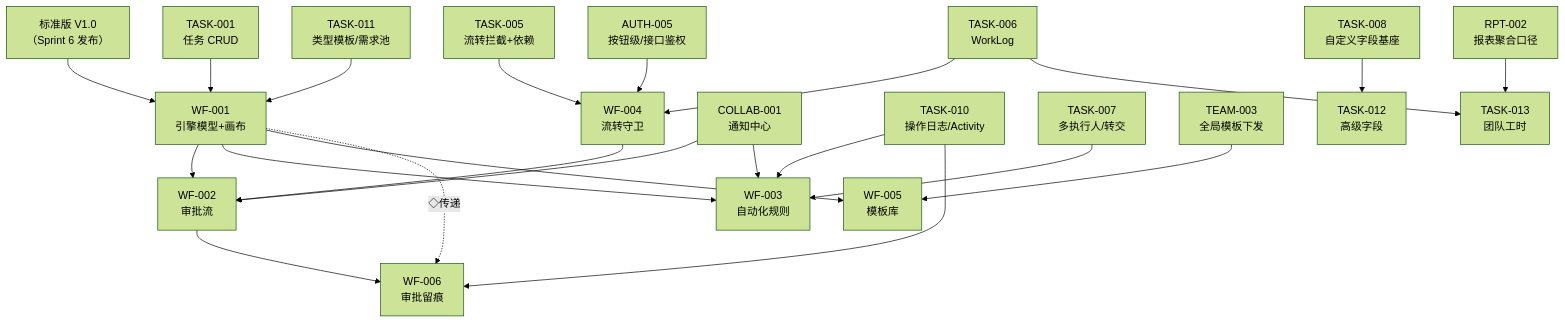
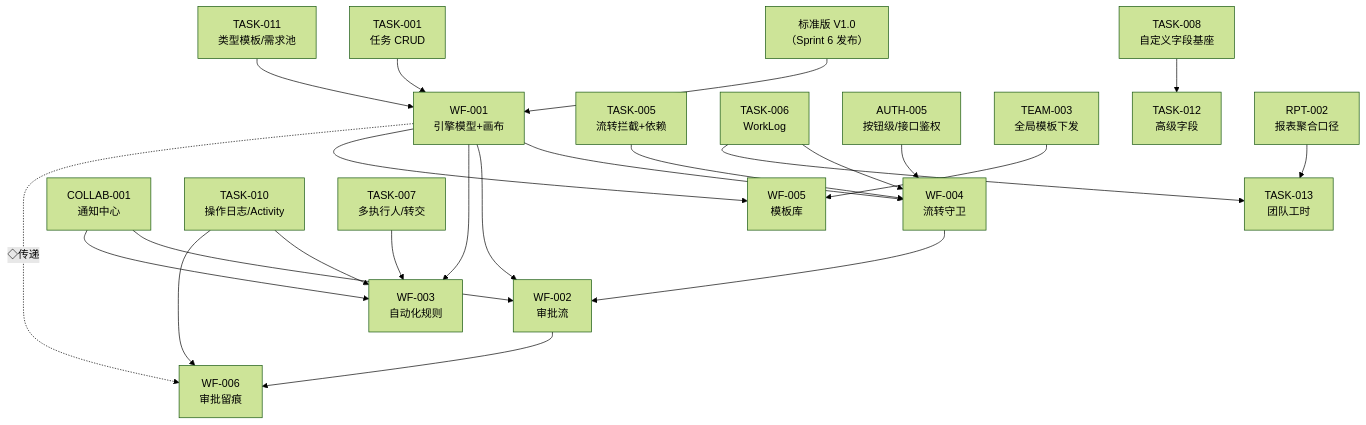
Before and after one commit to RabbitAI-Lab/RabbitProjects: the second of 2 diagrams in docs/sprint-7-enterprise-workflow/sprint-overview.md, drawn with Mermaid (forest theme). The commit also changed other lines of this file and 7 other files, not shown here.

````diff
--- a/docs/sprint-7-enterprise-workflow/sprint-overview.md
+++ b/docs/sprint-7-enterprise-workflow/sprint-overview.md
@@ -62,24 +62,25 @@
 ```mermaid
 flowchart TB
     S6["标准版 V1.0<br/>（Sprint 6 发布）"] --> W001["WF-001<br/>引擎模型+画布"]
     T001["TASK-001<br/>任务 CRUD"] --> W001
     T011["TASK-011<br/>类型模板/需求池"] --> W001
     T005["TASK-005<br/>流转拦截+依赖"] --> W004["WF-004<br/>流转守卫"]
+    W001 --> W004
     T006["TASK-006<br/>WorkLog"] --> W004
     A005["AUTH-005<br/>按钮级/接口鉴权"] --> W004
     C001["COLLAB-001<br/>通知中心"] --> W002["WF-002<br/>审批流"]
     W001 --> W002
     W004 --> W002
     T010["TASK-010<br/>操作日志/Activity"] --> W003["WF-003<br/>自动化规则"]
     T007["TASK-007<br/>多执行人/转交"] --> W003
     C001 --> W003
     W001 --> W003
     TM003["TEAM-003<br/>全局模板下发"] --> W005["WF-005<br/>模板库"]
     W001 --> W005
     W001 -.->|"◇传递"| W006["WF-006<br/>审批留痕"]
     W002 --> W006
     T010 --> W006
     T008["TASK-008<br/>自定义字段基座"] --> T012["TASK-012<br/>高级字段"]
     T006 --> T013["TASK-013<br/>团队工时"]
     R002["RPT-002<br/>报表聚合口径"] --> T013
 ```
````
